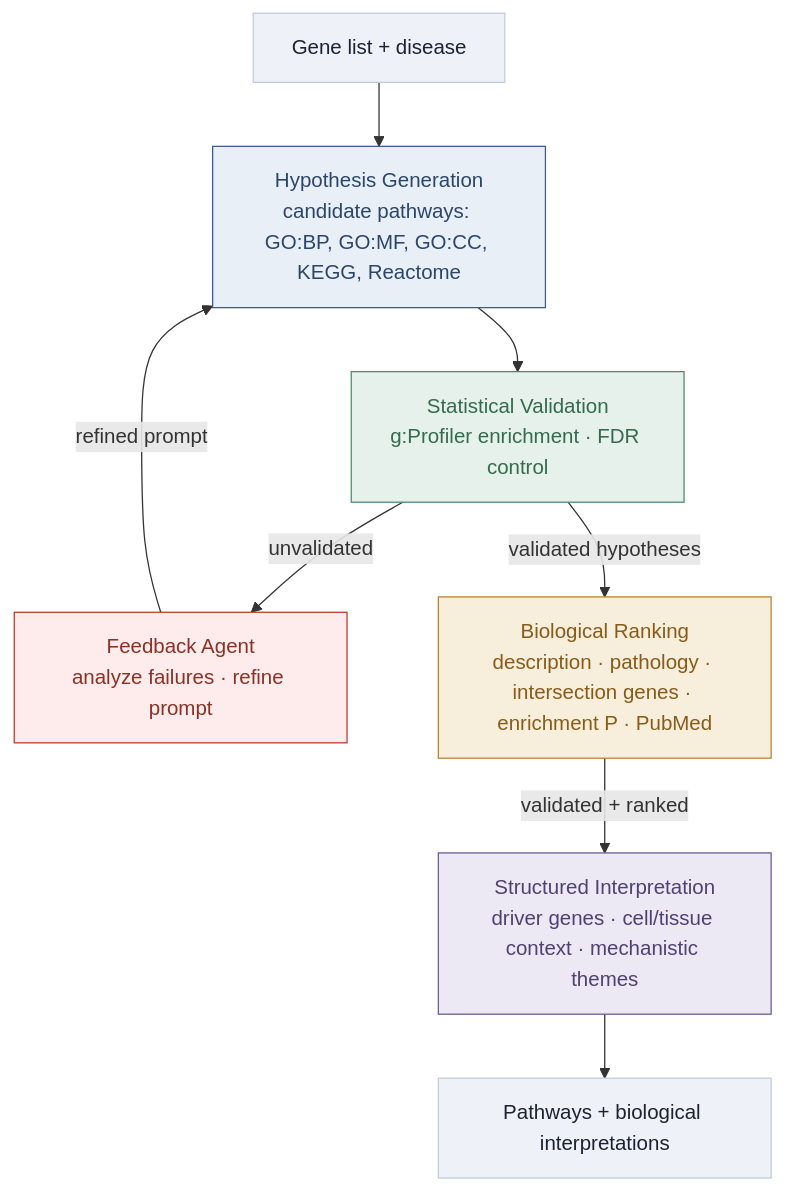
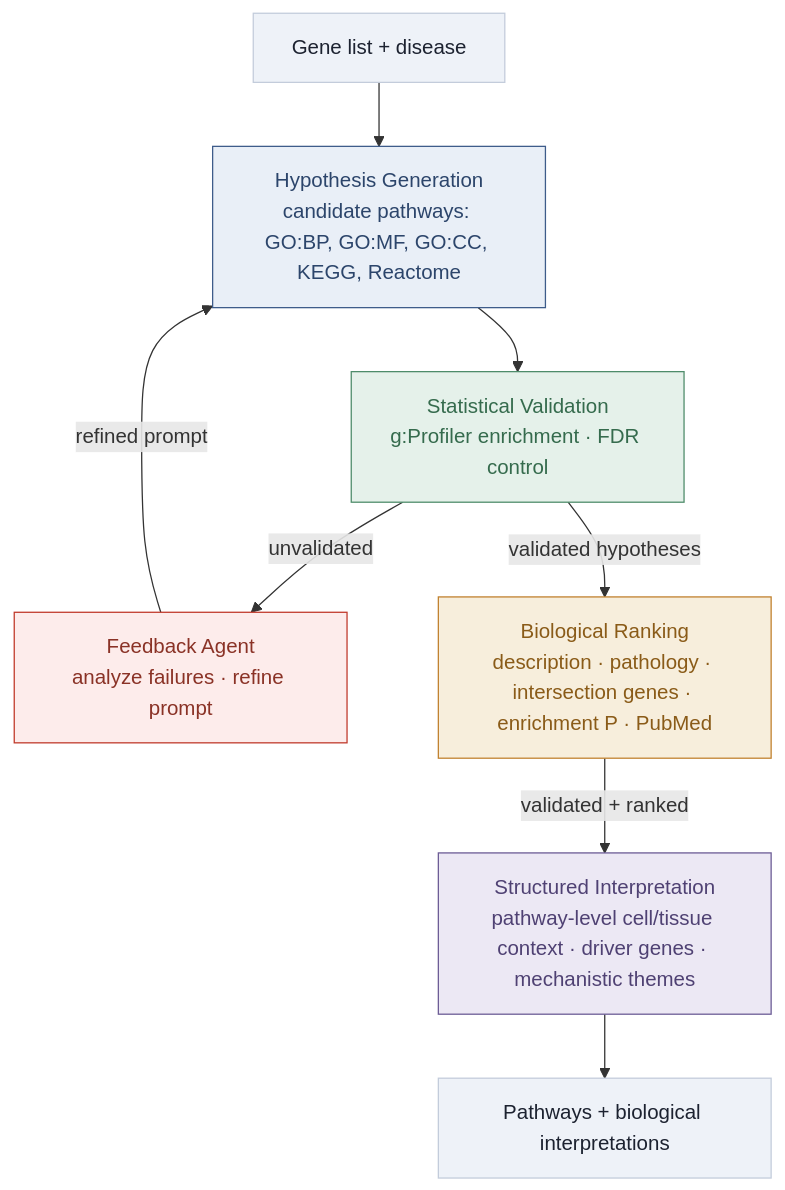
One commit to Grit1021/Agentic_AI_platform changed the diagram in README.md. Above: the diagram before and after it, drawn with Mermaid. The commit also changed other lines of this file and 7 other files, not shown here.

Commit message:
Update Figure 1 and pathway-level cell context

````diff
--- a/README.md
+++ b/README.md
@@ -69,22 +70,22 @@
 ```mermaid
 flowchart TD
     A["Gene list + disease"] --> B["Hypothesis Generation<br/>candidate pathways: GO:BP, GO:MF, GO:CC, KEGG, Reactome"]
     B --> C["Statistical Validation<br/>g:Profiler enrichment · FDR control"]
     C -->|unvalidated| F["Feedback Agent<br/>analyze failures · refine prompt"]
     F -->|refined prompt| B
     C -->|validated hypotheses| D["Biological Ranking<br/>description · pathology · intersection genes · enrichment P · PubMed"]
-    D -->|validated + ranked| E["Structured Interpretation<br/>driver genes · cell/tissue context · mechanistic themes"]
+    D -->|validated + ranked| E["Structured Interpretation<br/>pathway-level cell/tissue context · driver genes · mechanistic themes"]
     E --> G["Pathways + biological interpretations"]
     classDef io fill:#eef2f8,stroke:#c3ccdb,color:#1c2230
     classDef gen fill:#e9eff7,stroke:#3e5c8a,color:#2c456b
     classDef val fill:#e5f1ea,stroke:#4e8c6a,color:#356b4d
     classDef fb fill:#fdeceb,stroke:#c0392b,color:#8a3226
     classDef rank fill:#f7eedc,stroke:#c0812e,color:#8a5b18
     classDef interp fill:#ece8f4,stroke:#6b5b95,color:#4f4173
     class A,G io
     class B gen
     class C val
     class F fb
     class D rank
     class E interp
 ```
````
